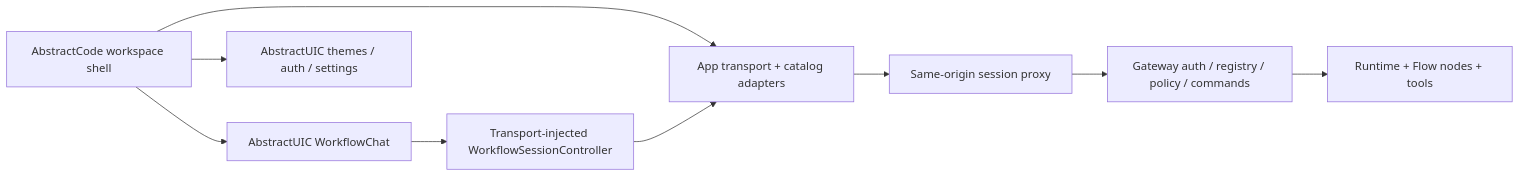
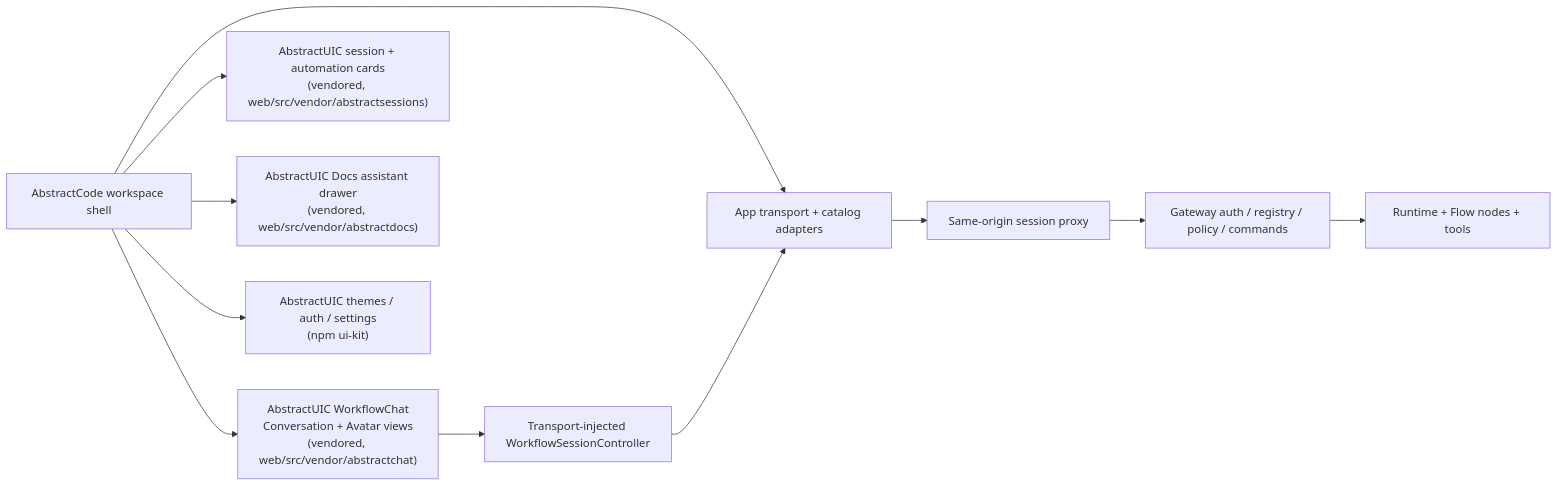
The fourth of 4 diagrams in docs/architecture.md (lpalbou/AbstractCode), drawn with Mermaid before and after one commit. The commit also changed other lines of this file and 11 other files, not shown here.

Commit message:
Release terminal 0.13.0 and web 0.14.0: lockfile from crates.io (abstracttui 0.7.1, abstractavatar 0.1.0), ui-kit ^0.9.12 and panel-chat ^0.7.0, changelogs, docs, llms

````diff
--- a/docs/architecture.md
+++ b/docs/architecture.md
@@ -178,11 +183,13 @@
 ```mermaid
 flowchart LR
-    shell["AbstractCode workspace shell"] --> chat["AbstractUIC WorkflowChat"]
-    shell --> kit["AbstractUIC themes / auth / settings"]
+    shell["AbstractCode workspace shell"] --> chat["AbstractUIC WorkflowChat<br/>Conversation + Avatar views<br/>(vendored, web/src/vendor/abstractchat)"]
+    shell --> cards["AbstractUIC session + automation cards<br/>(vendored, web/src/vendor/abstractsessions)"]
+    shell --> docs["AbstractUIC Docs assistant drawer<br/>(vendored, web/src/vendor/abstractdocs)"]
+    shell --> kit["AbstractUIC themes / auth / settings<br/>(npm ui-kit)"]
     shell --> adapter["App transport + catalog adapters"]
     chat --> state["Transport-injected WorkflowSessionController"]
     state --> adapter
     adapter --> proxy["Same-origin session proxy"]
     proxy --> gateway["Gateway auth / registry / policy / commands"]
     gateway --> runtime["Runtime + Flow nodes + tools"]
 ```
````
